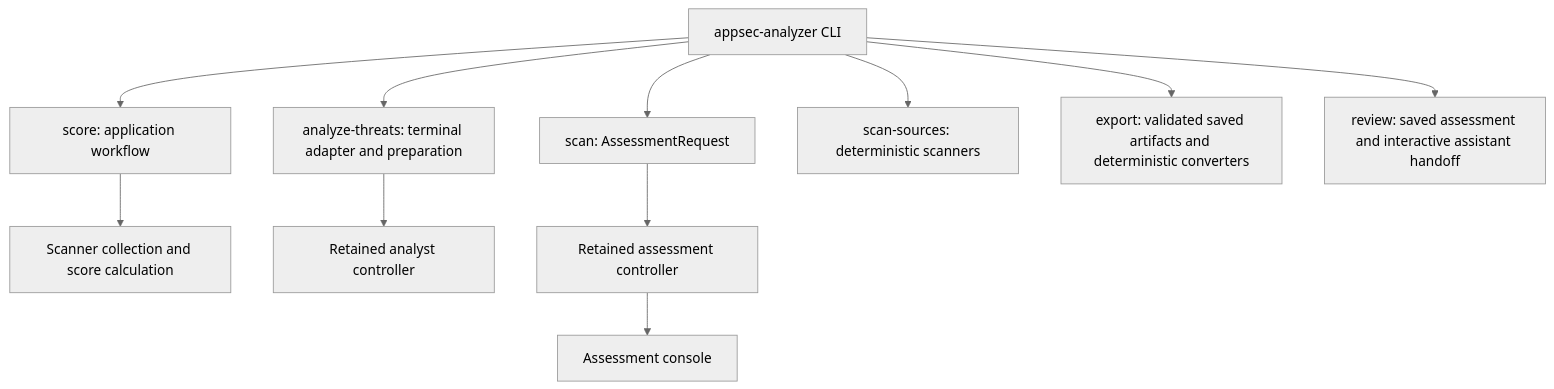
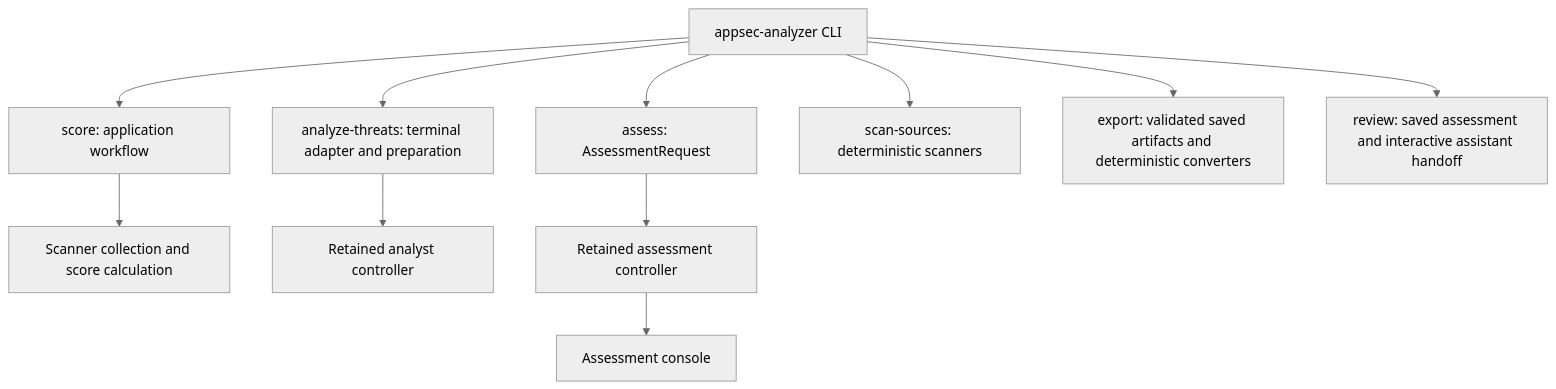
Before and after one commit to appsec-foundry/appsec-analyzer: the diagram in ARCHITECTURE.md, drawn with Mermaid (neutral theme). The commit also changed other lines of this file and 55 other files, not shown here.

First line of the commit message:
feat!: rename the scan command to assess

````diff
--- a/ARCHITECTURE.md
+++ b/ARCHITECTURE.md
@@ -11,13 +11,13 @@
 ```mermaid
 flowchart TD
     CLI[appsec-analyzer CLI] --> Score[score: application workflow]
     CLI --> Analyst[analyze-threats: terminal adapter and preparation]
-    CLI --> Request[scan: AssessmentRequest]
+    CLI --> Request[assess: AssessmentRequest]
     CLI --> Scanners[scan-sources: deterministic scanners]
     CLI --> Export[export: validated saved artifacts and deterministic converters]
     CLI --> Review[review: saved assessment and interactive assistant handoff]
     Score --> Collection[Scanner collection and score calculation]
     Analyst --> AnalystController[Retained analyst controller]
     Request --> AssessmentController[Retained assessment controller]
     AssessmentController --> Console[Assessment console]
 ```
````
